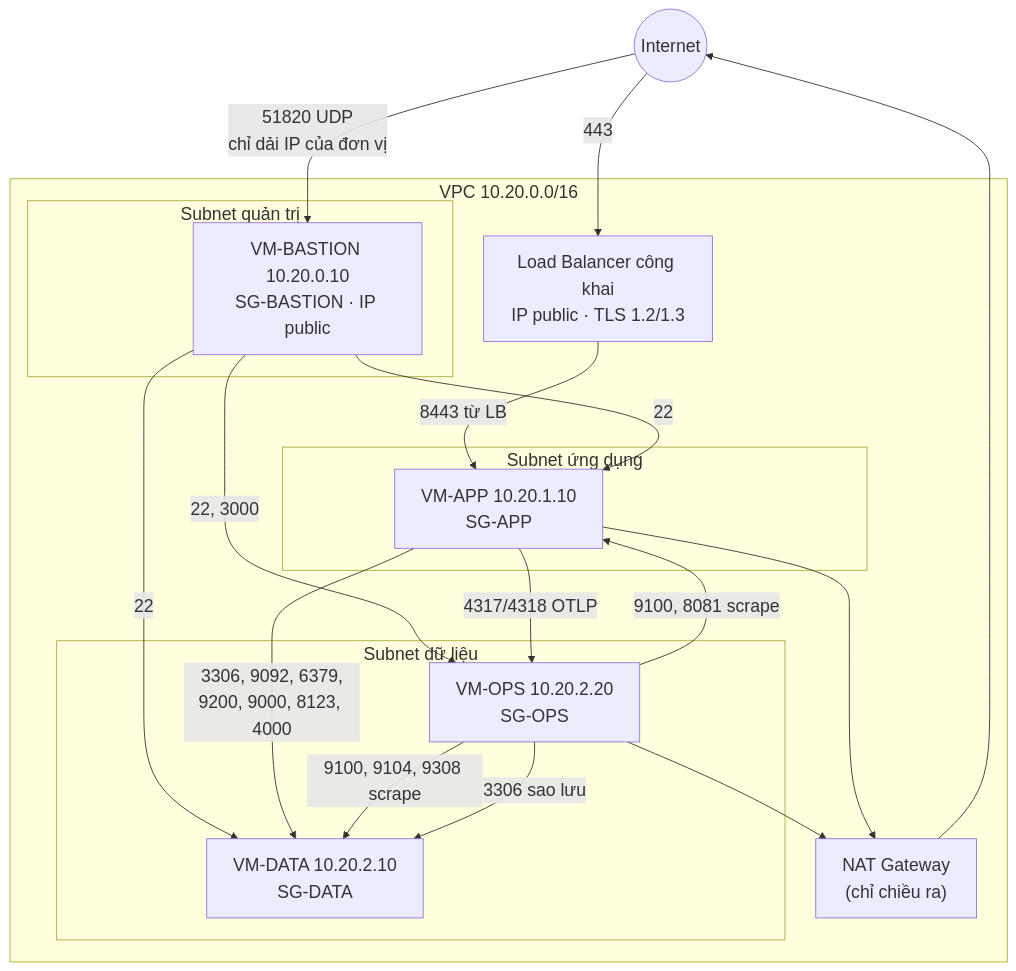
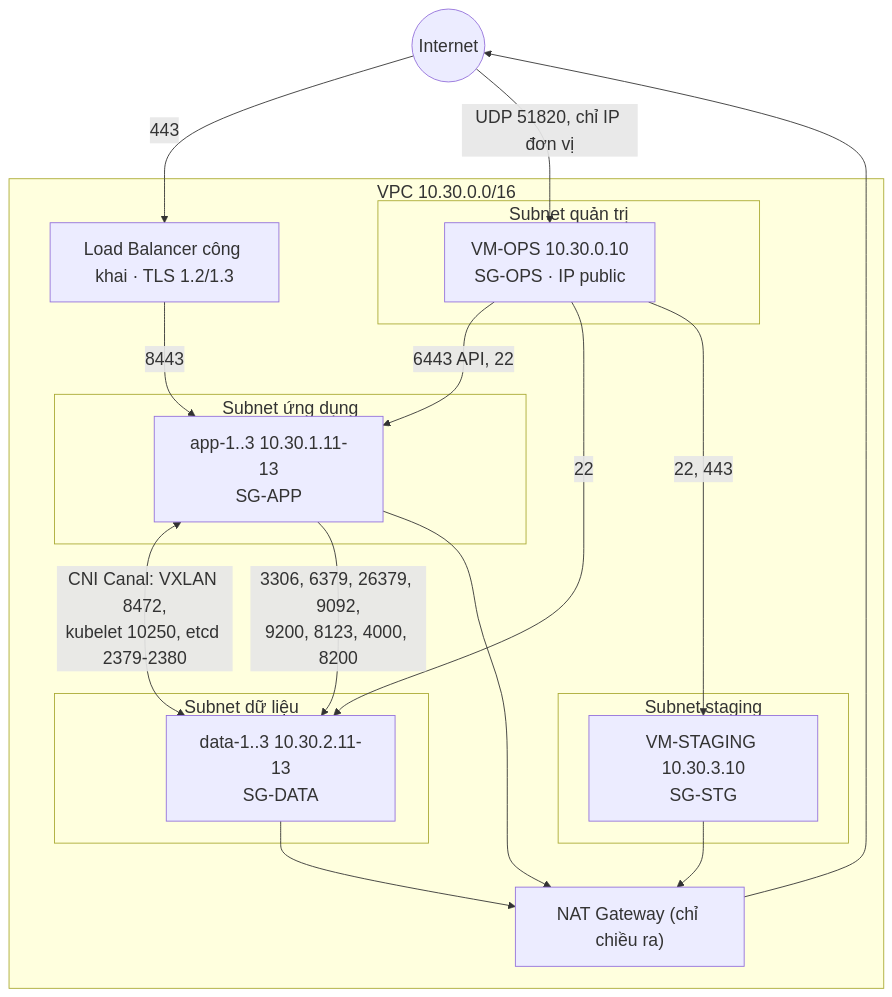
The diagram in docs/thiet-ke/assets/tl06/h3-mang.mmd (caprocute/mission-web), drawn with Mermaid before and after one commit. The commit also changed 23 other files, not shown here.

```diff
--- a/docs/thiet-ke/assets/tl06/h3-mang.mmd
+++ b/docs/thiet-ke/assets/tl06/h3-mang.mmd
@@ -1,30 +1,30 @@
 %%{init: {"themeVariables":{"fontSize":"20px"}}}%%
 flowchart TB
   INET(("Internet"))
-  subgraph VPC["VPC 10.20.0.0/16"]
-    LB["Load Balancer công khai<br/>IP public · TLS 1.2/1.3"]
-    NAT["NAT Gateway<br/>(chỉ chiều ra)"]
+  subgraph VPC["VPC 10.30.0.0/16"]
+    LB["Load Balancer công khai · TLS 1.2/1.3"]
+    NAT["NAT Gateway (chỉ chiều ra)"]
     subgraph S0["Subnet quản trị"]
-      B["VM-BASTION 10.20.0.10<br/>SG-BASTION · IP public"]
+      O["VM-OPS 10.30.0.10<br/>SG-OPS · IP public"]
     end
     subgraph S1["Subnet ứng dụng"]
-      A["VM-APP 10.20.1.10<br/>SG-APP"]
+      A["app-1..3 10.30.1.11-13<br/>SG-APP"]
     end
     subgraph S2["Subnet dữ liệu"]
-      D["VM-DATA 10.20.2.10<br/>SG-DATA"]
-      O["VM-OPS 10.20.2.20<br/>SG-OPS"]
+      D["data-1..3 10.30.2.11-13<br/>SG-DATA"]
+    end
+    subgraph S3["Subnet staging"]
+      T["VM-STAGING 10.30.3.10<br/>SG-STG"]
     end
   end
-  INET -->|443| LB -->|8443 từ LB| A
-  INET -->|51820 UDP<br/>chỉ dải IP của đơn vị| B
-  B -->|22| A
-  B -->|22| D
-  B -->|22, 3000| O
-  A -->|3306, 9092, 6379,<br/>9200, 9000, 8123, 4000| D
-  A -->|4317/4318 OTLP| O
-  O -->|9100, 9104, 9308 scrape| D
-  O -->|9100, 8081 scrape| A
-  O -->|3306 sao lưu| D
+  INET -->|443| LB -->|8443| A
+  INET -->|UDP 51820, chỉ IP đơn vị| O
+  O -->|6443 API, 22| A
+  O -->|22| D
+  O -->|22, 443| T
+  A <-->|"CNI Canal: VXLAN 8472,<br/>kubelet 10250, etcd 2379-2380"| D
+  A -->|"3306, 6379, 26379, 9092,<br/>9200, 8123, 4000, 8200"| D
   A --> NAT
-  O --> NAT
+  D --> NAT
+  T --> NAT
   NAT --> INET
```
